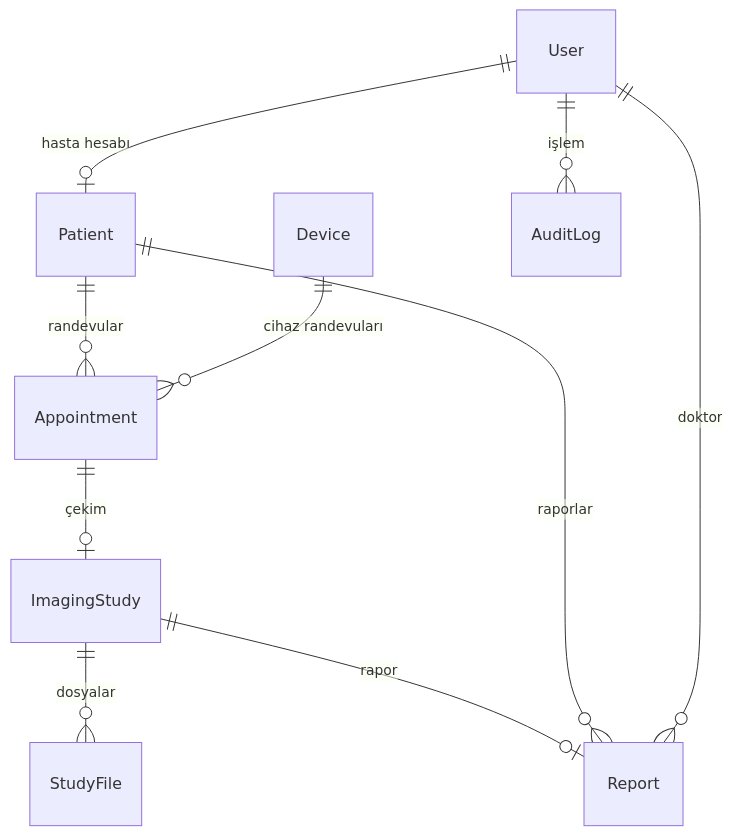
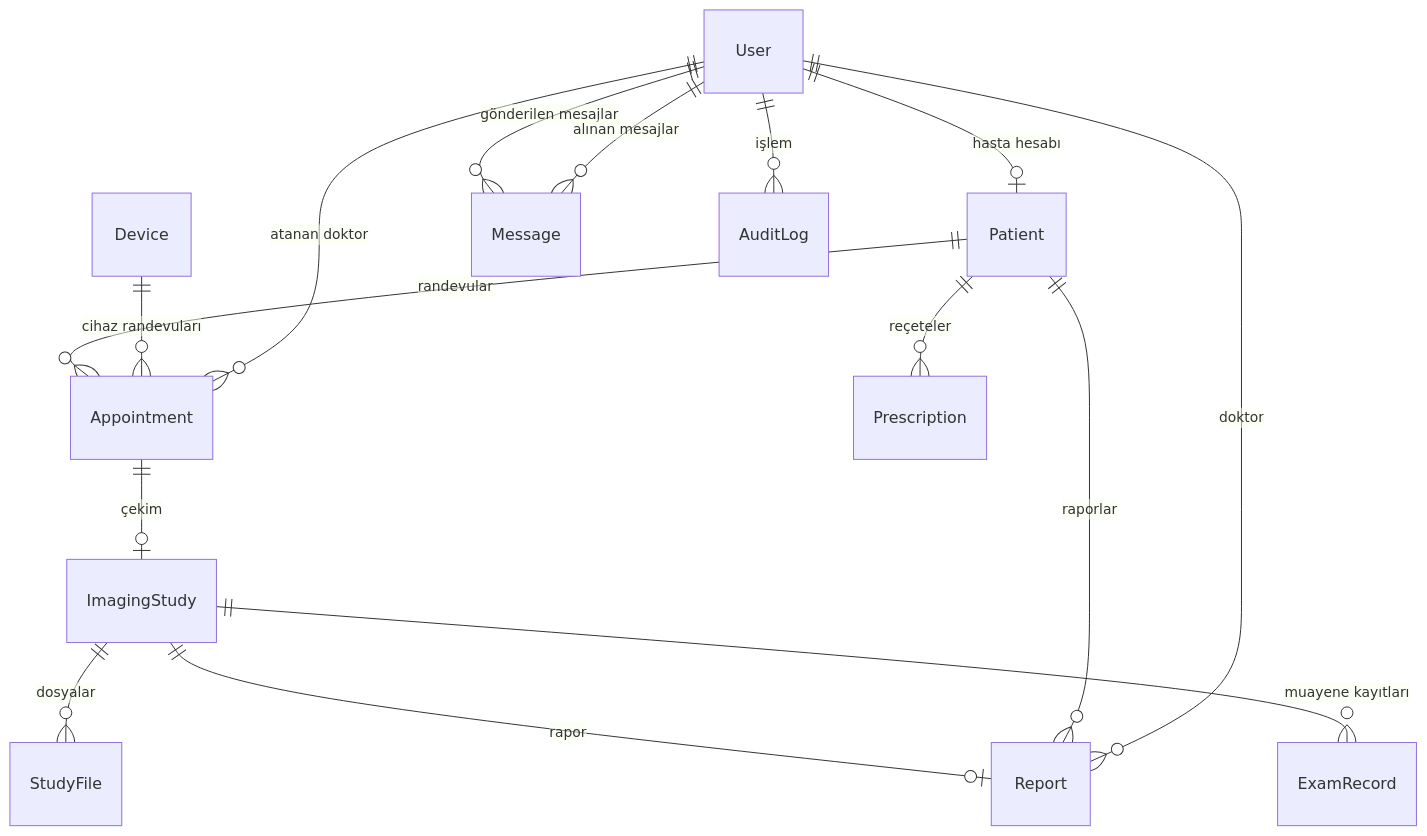
One commit to Yavuz0707/Hastane-Otomasyon-Sistemi changed the third of 3 diagrams in README.md. Above: the diagram before and after it, drawn with Mermaid. The commit also changed other lines of this file and 24 other files, not shown here.

````diff
--- a/README.md
+++ b/README.md
@@ -327,12 +382,17 @@
 ```mermaid
 erDiagram
   User ||--o| Patient : "hasta hesabı"
   Patient ||--o{ Appointment : "randevular"
   Device ||--o{ Appointment : "cihaz randevuları"
+  User ||--o{ Appointment : "atanan doktor"
   Appointment ||--o| ImagingStudy : "çekim"
   ImagingStudy ||--o{ StudyFile : "dosyalar"
   ImagingStudy ||--o| Report : "rapor"
+  ImagingStudy ||--o{ ExamRecord : "muayene kayıtları"
   Patient ||--o{ Report : "raporlar"
+  Patient ||--o{ Prescription : "reçeteler"
   User ||--o{ Report : "doktor"
+  User ||--o{ Message : "gönderilen mesajlar"
+  User ||--o{ Message : "alınan mesajlar"
   User ||--o{ AuditLog : "işlem"
 ```
````
